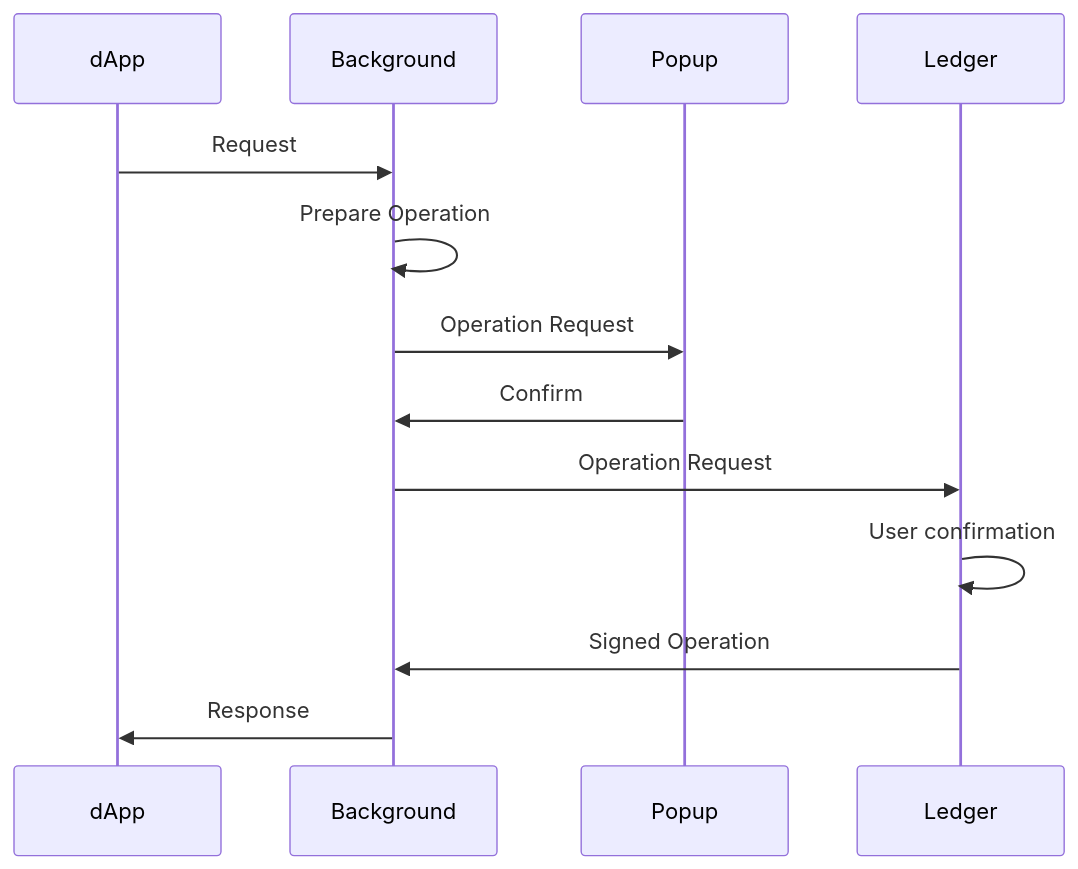
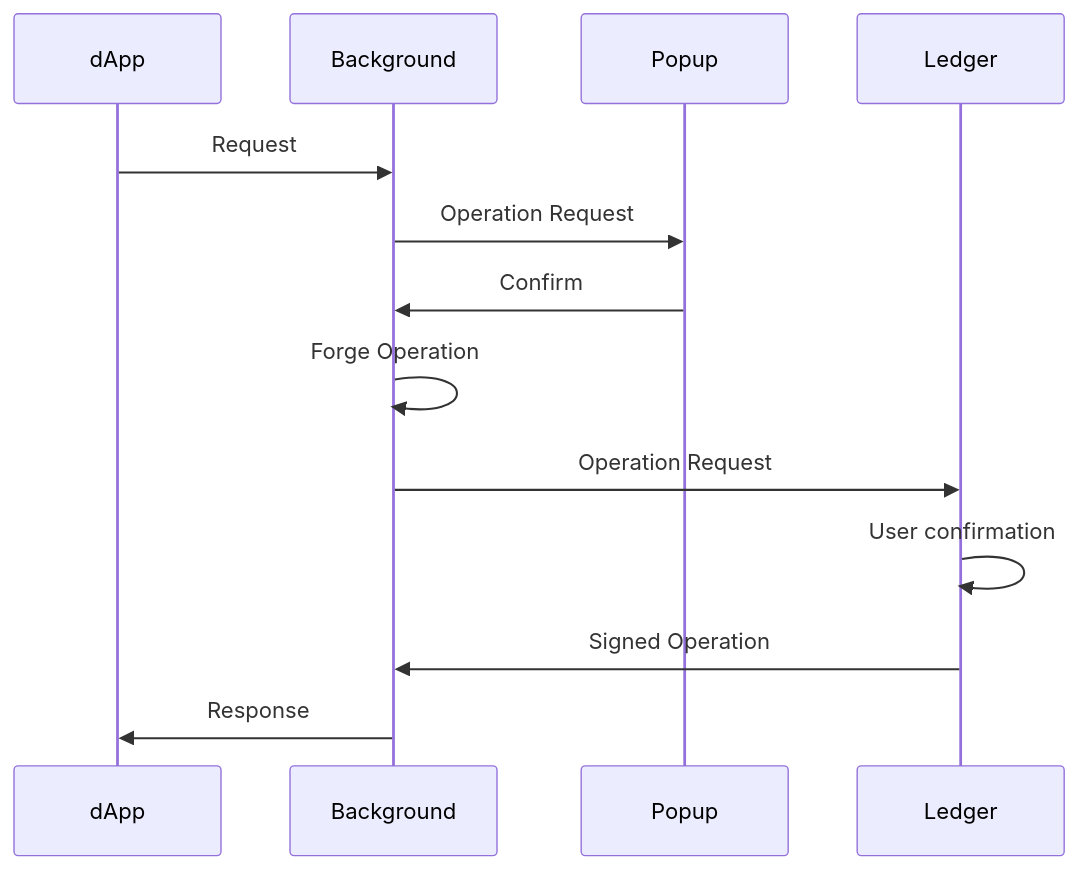
One commit to airgap-it/beacon-sdk changed the third of 5 diagrams in flows/Ledger.md. Above: the diagram before and after it, drawn with Mermaid. The commit also changed 3 other files, not shown here.

Commit message:
feat(flows): move forging to after user confirmation

````diff
--- a/flows/Ledger.md
+++ b/flows/Ledger.md
@@ -28,15 +28,15 @@
 ```mermaid
 sequenceDiagram
     dApp->>Background: Request
 
-    Background->>Background: Prepare Operation
-
     Background->>Popup: Operation Request
     Popup->>Background: Confirm
+
+    Background->>Background: Forge Operation
 
     Background->>Ledger: Operation Request
     Ledger->>Ledger: User confirmation
     Ledger->>Background: Signed Operation
 
     Background->>dApp: Response
 ```
````
